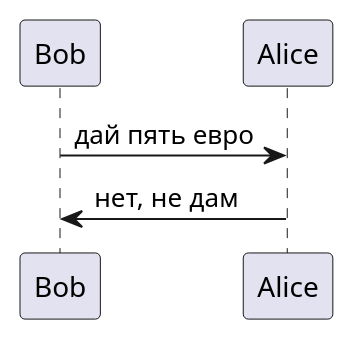
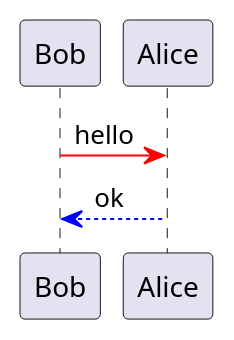
One commit to mizandarii/uml changed the second of 2 diagrams in sequence.wsd. Above: the diagram before and after it, drawn with PlantUML. The commit also changed other lines of this file, not shown here.

```diff
--- a/sequence.wsd
+++ b/sequence.wsd
@@ -7,5 +16,4 @@
-@startuml 
-skinparam responseMessageBelowArrow true
-Bob -> Alice : дай пять евро
-Alice -> Bob : нет, не дам
+@startuml
+Bob -[#red]> Alice : hello
+Alice -[#0000FF]->Bob : ok
 @enduml
```
